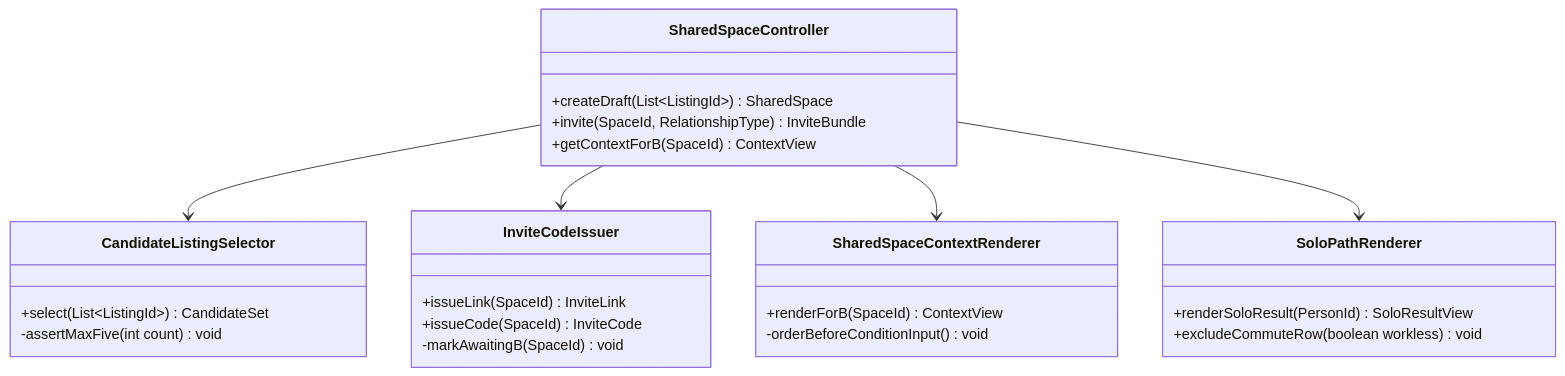
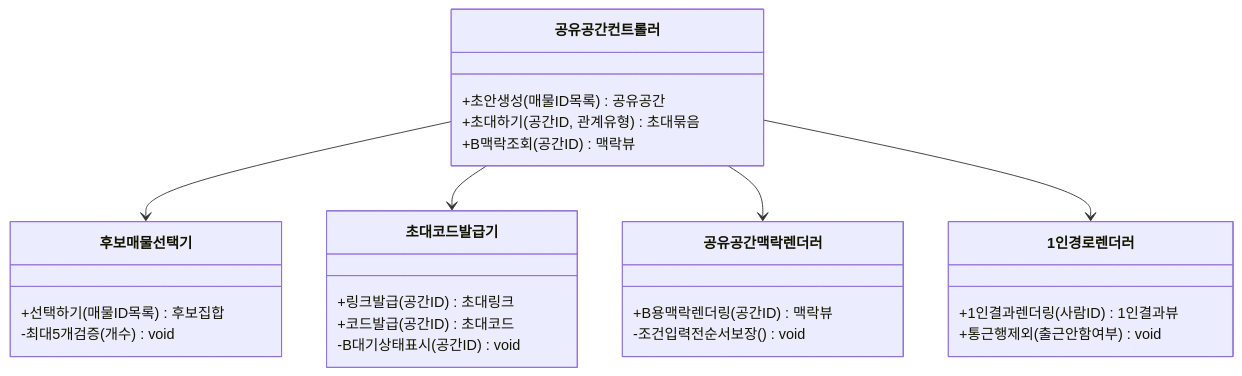
Before and after one commit to soobworks/SRS_project: the ninth of 23 diagrams in SRS_project/같이보기-technical-design-v1_0.md, drawn with Mermaid. The commit also changed other lines of this file, not shown here.

First line of the commit message:
Translate class/sequence diagram identifiers in TDD §4-5 to Korean

````diff
--- a/SRS_project/같이보기-technical-design-v1_0.md
+++ b/SRS_project/같이보기-technical-design-v1_0.md
@@ -452,30 +452,30 @@
 ```mermaid
 classDiagram
-    class SharedSpaceController {
-        +createDraft(List~ListingId~) SharedSpace
-        +invite(SpaceId, RelationshipType) InviteBundle
-        +getContextForB(SpaceId) ContextView
+    class 공유공간컨트롤러 {
+        +초안생성(매물ID목록) 공유공간
+        +초대하기(공간ID, 관계유형) 초대묶음
+        +B맥락조회(공간ID) 맥락뷰
     }
-    class CandidateListingSelector {
-        +select(List~ListingId~) CandidateSet
-        -assertMaxFive(int count) void
+    class 후보매물선택기 {
+        +선택하기(매물ID목록) 후보집합
+        -최대5개검증(개수) void
     }
-    class InviteCodeIssuer {
-        +issueLink(SpaceId) InviteLink
-        +issueCode(SpaceId) InviteCode
-        -markAwaitingB(SpaceId) void
+    class 초대코드발급기 {
+        +링크발급(공간ID) 초대링크
+        +코드발급(공간ID) 초대코드
+        -B대기상태표시(공간ID) void
     }
-    class SharedSpaceContextRenderer {
-        +renderForB(SpaceId) ContextView
-        -orderBeforeConditionInput() void
+    class 공유공간맥락렌더러 {
+        +B용맥락렌더링(공간ID) 맥락뷰
+        -조건입력전순서보장() void
     }
-    class SoloPathRenderer {
-        +renderSoloResult(PersonId) SoloResultView
-        +excludeCommuteRow(boolean workless) void
+    class 1인경로렌더러 {
+        +1인결과렌더링(사람ID) 1인결과뷰
+        +통근행제외(출근안함여부) void
     }
 
-    SharedSpaceController --> CandidateListingSelector
-    SharedSpaceController --> InviteCodeIssuer
-    SharedSpaceController --> SharedSpaceContextRenderer
-    SharedSpaceController --> SoloPathRenderer
+    공유공간컨트롤러 --> 후보매물선택기
+    공유공간컨트롤러 --> 초대코드발급기
+    공유공간컨트롤러 --> 공유공간맥락렌더러
+    공유공간컨트롤러 --> 1인경로렌더러
 ```
````
